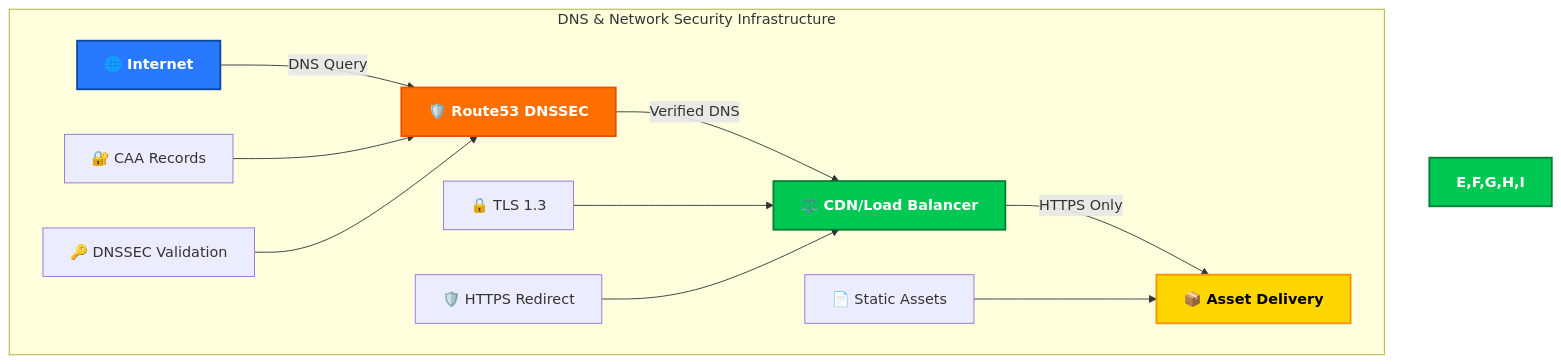
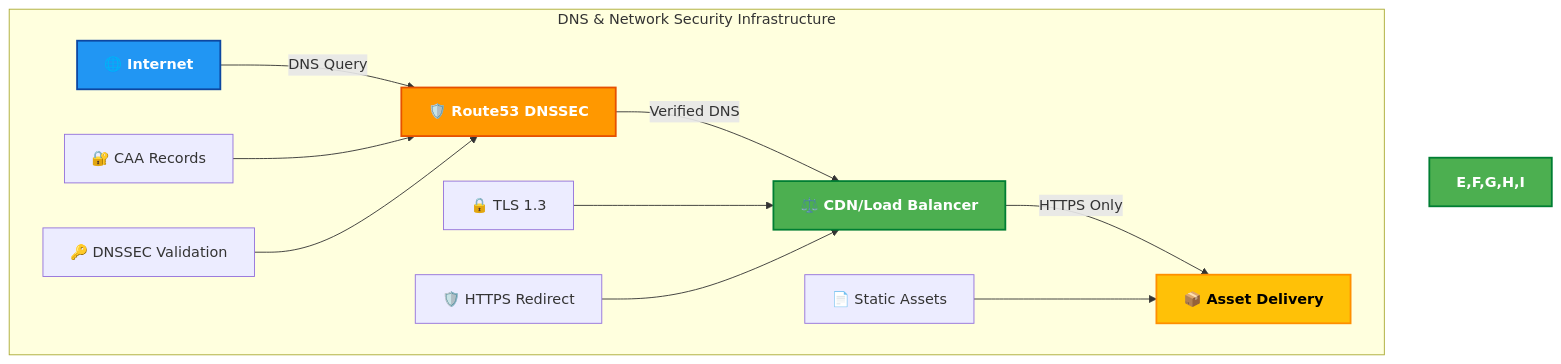
Before and after one commit to step-security-bot/cia-compliance-manager: the fifth of 32 diagrams in docs/architecture/SECURITY_ARCHITECTURE.md, drawn with Mermaid. The commit also changed other lines of this file and 27 other files, not shown here.

First line of the commit message:
fix: resolve broken mermaid diagrams and improve color coding to match ISMS style guide (#1106)

````diff
--- a/docs/architecture/SECURITY_ARCHITECTURE.md
+++ b/docs/architecture/SECURITY_ARCHITECTURE.md
@@ -247,20 +247,20 @@
 ```mermaid
 graph TD
     subgraph "DNS & Network Security Infrastructure"
         A[🌐 Internet] -->|"DNS Query"| B[🛡️ Route53 DNSSEC]
         B -->|"Verified DNS"| C[⚖️ CDN/Load Balancer]
         C -->|"HTTPS Only"| D[📦 Asset Delivery]
 
         E[🔒 TLS 1.3] --> C
         F[🛡️ HTTPS Redirect] --> C
         G[📄 Static Assets] --> D
         H[🔐 CAA Records] --> B
         I[🔑 DNSSEC Validation] --> B
     end
 
-    style A fill:#2979FF,stroke:#0D47A1,stroke-width:2px,color:white,font-weight:bold
-    style B fill:#FF6F00,stroke:#E65100,stroke-width:2px,color:white,font-weight:bold
-    style C fill:#00C853,stroke:#007E33,stroke-width:2px,color:white,font-weight:bold
-    style D fill:#FFD600,stroke:#FF8F00,stroke-width:2px,color:black,font-weight:bold
-    style E,F,G,H,I fill:#00C853,stroke:#007E33,stroke-width:2px,color:white,font-weight:bold
+    style A fill:#2196F3,stroke:#0D47A1,stroke-width:2px,color:white,font-weight:bold
+    style B fill:#FF9800,stroke:#E65100,stroke-width:2px,color:white,font-weight:bold
+    style C fill:#4CAF50,stroke:#007E33,stroke-width:2px,color:white,font-weight:bold
+    style D fill:#FFC107,stroke:#FF8F00,stroke-width:2px,color:black,font-weight:bold
+    style E,F,G,H,I fill:#4CAF50,stroke:#007E33,stroke-width:2px,color:white,font-weight:bold
 ```
````
